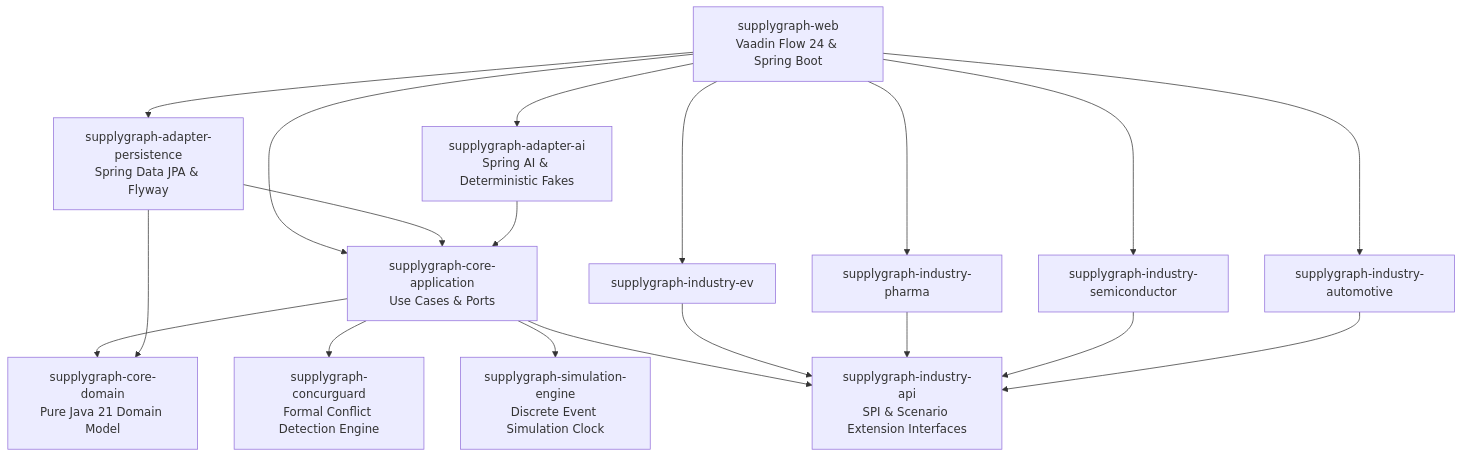
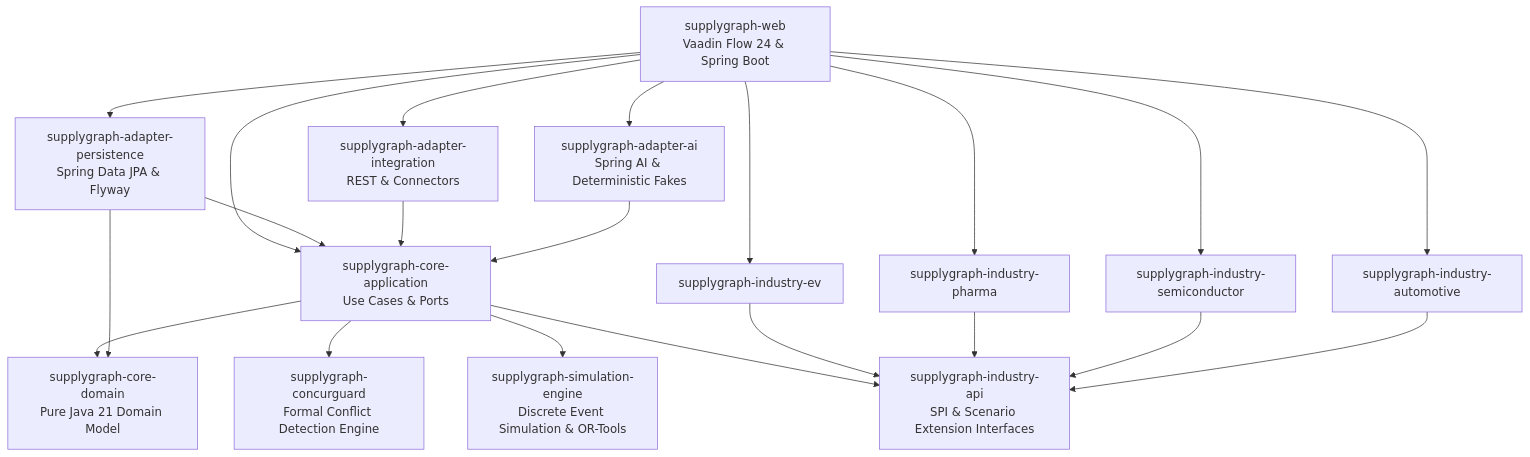
One commit to Abhinav-techcode/Supplygraph- changed the diagram in README.md. Above: the diagram before and after it, drawn with Mermaid. The commit also changed other lines of this file and 443 other files, not shown here.

First line of the commit message:
Realign product with its vision: persisted twin, real graph, derived plans, no fabricated figures

````diff
--- a/README.md
+++ b/README.md
@@ -13,24 +13,26 @@
 ```mermaid
 graph TD
     UI[supplygraph-web<br/>Vaadin Flow 24 & Spring Boot] --> APP[supplygraph-core-application<br/>Use Cases & Ports]
     UI --> IND_EV[supplygraph-industry-ev]
     UI --> IND_PHARMA[supplygraph-industry-pharma]
     UI --> IND_SEMI[supplygraph-industry-semiconductor]
     UI --> IND_AUTO[supplygraph-industry-automotive]
     UI --> ADAPT_PERSIST[supplygraph-adapter-persistence<br/>Spring Data JPA & Flyway]
+    UI --> ADAPT_INTEG[supplygraph-adapter-integration<br/>REST & Connectors]
     UI --> ADAPT_AI[supplygraph-adapter-ai<br/>Spring AI & Deterministic Fakes]
 
     APP --> DOMAIN[supplygraph-core-domain<br/>Pure Java 21 Domain Model]
     APP --> CONCUR[supplygraph-concurguard<br/>Formal Conflict Detection Engine]
-    APP --> SIM[supplygraph-simulation-engine<br/>Discrete Event Simulation Clock]
+    APP --> SIM[supplygraph-simulation-engine<br/>Discrete Event Simulation & OR-Tools]
     APP --> IND_API[supplygraph-industry-api<br/>SPI & Scenario Extension Interfaces]
 
     IND_EV --> IND_API
     IND_PHARMA --> IND_API
     IND_SEMI --> IND_API
     IND_AUTO --> IND_API
 
     ADAPT_PERSIST --> APP
     ADAPT_PERSIST --> DOMAIN
+    ADAPT_INTEG --> APP
     ADAPT_AI --> APP
 ```
````
